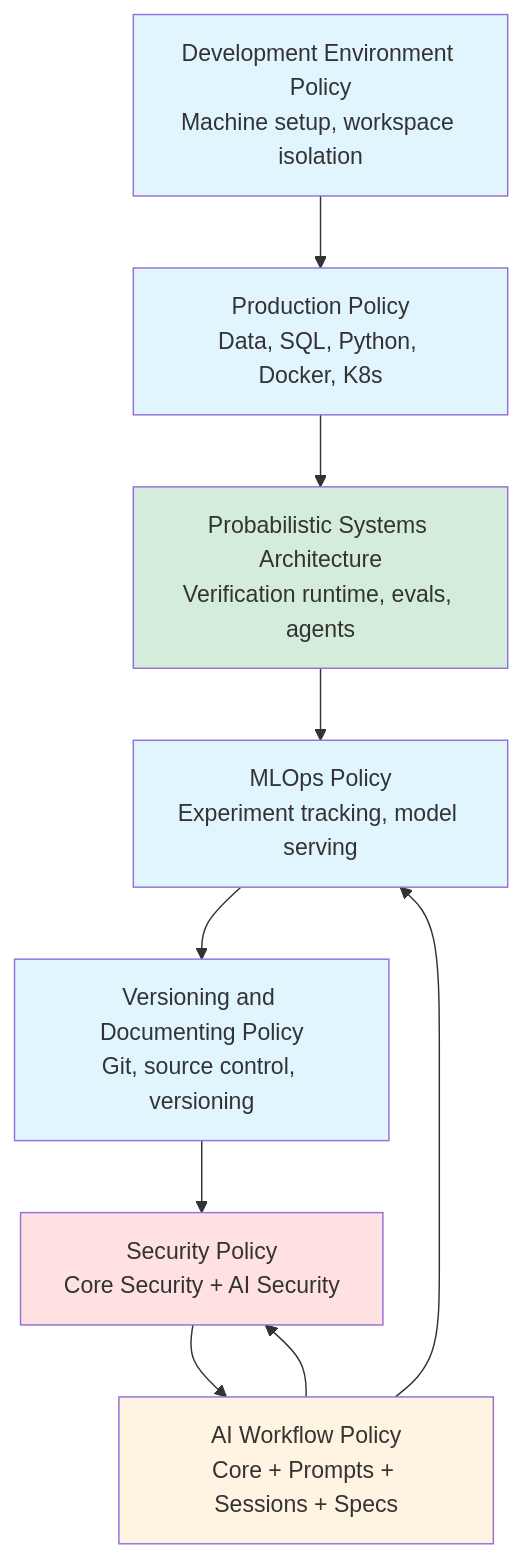
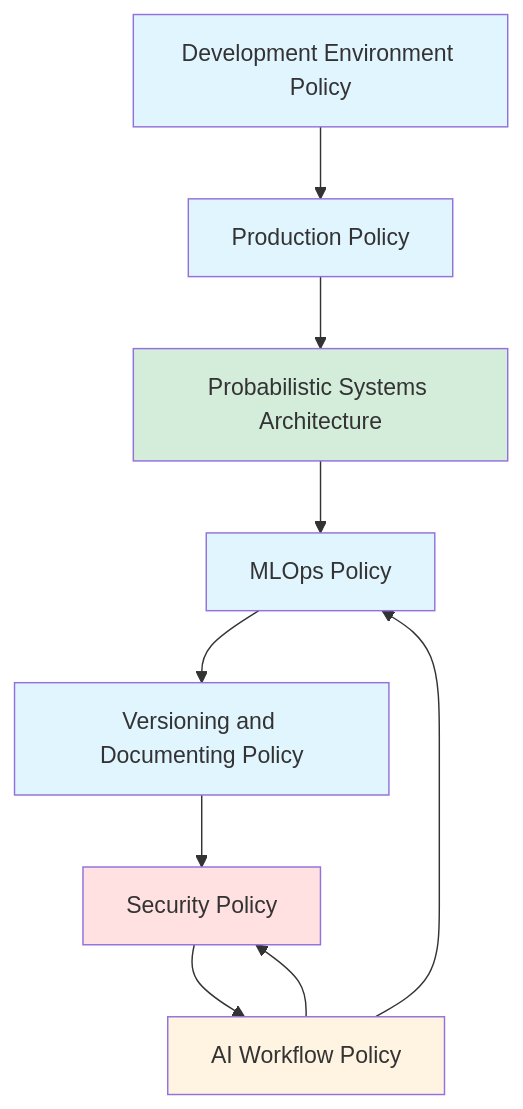
Before and after one commit to alfonsocruzvelasco/engineering-policies: the diagram in README.md, drawn with Mermaid.

Commit message:
Fix Mermaid diagram: use 'graph TD' instead of 'flowchart TD' for better compatibility

````diff
--- a/README.md
+++ b/README.md
@@ -154,19 +154,19 @@
 ```mermaid
-flowchart TD
-    A["Development Environment Policy<br/>Machine setup, workspace isolation"] --> B["Production Policy<br/>Data, SQL, Python, Docker, K8s"]
-    B --> G["Probabilistic Systems Architecture<br/>Verification runtime, evals, agents"]
-    G --> C["MLOps Policy<br/>Experiment tracking, model serving"]
-    C --> D["Versioning and Documenting Policy<br/>Git, source control, versioning"]
-    D --> E["Security Policy<br/>Core Security + AI Security"]
-    E --> F["AI Workflow Policy<br/>Core + Prompts + Sessions + Specs"]
+graph TD
+    A[Development Environment Policy] --> B[Production Policy]
+    B --> G[Probabilistic Systems Architecture]
+    G --> C[MLOps Policy]
+    C --> D[Versioning and Documenting Policy]
+    D --> E[Security Policy]
+    E --> F[AI Workflow Policy]
     F --> C
     F --> E
 
     style A fill:#e1f5ff
     style B fill:#e1f5ff
     style G fill:#d4edda
     style C fill:#e1f5ff
     style D fill:#e1f5ff
     style E fill:#ffe1e1
     style F fill:#fff4e1
 ```
````
